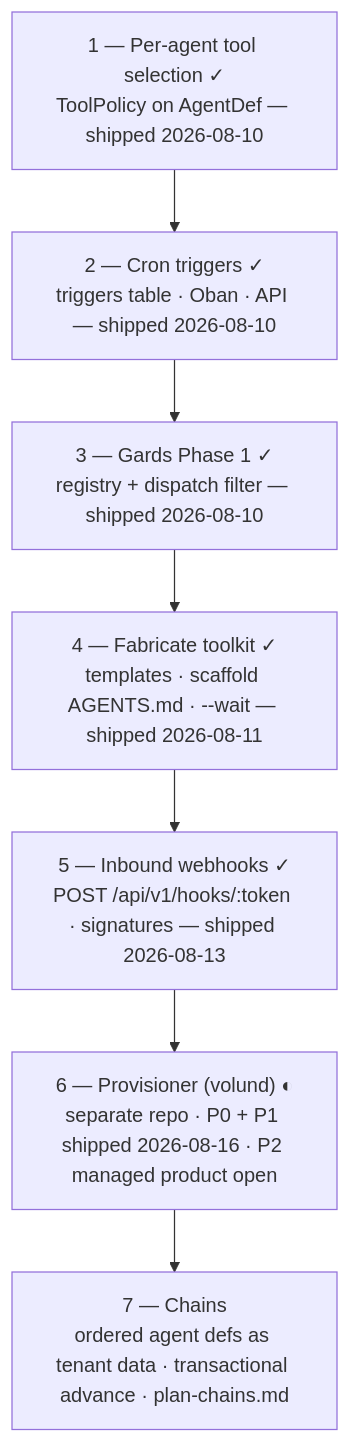
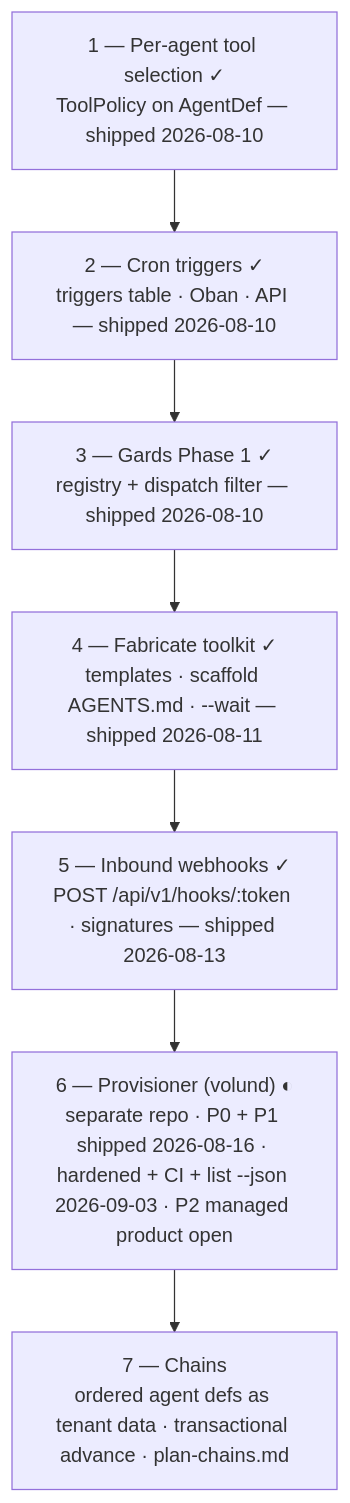
The diagram in docs/roadmap.md (amackera/norns), drawn with Mermaid before and after one commit. The commit also changed other lines of this file, not shown here.

Commit message:
Roadmap v6: volund P1.5 hardening, list --json seam, CI, proposed P2 shape

````diff
--- a/docs/roadmap.md
+++ b/docs/roadmap.md
@@ -57,11 +58,11 @@
 ```mermaid
 flowchart TB
     A["1 — Per-agent tool selection ✓<br/>ToolPolicy on AgentDef — shipped 2026-08-10"]
     B["2 — Cron triggers ✓<br/>triggers table · Oban · API — shipped 2026-08-10"]
     C["3 — Gards Phase 1 ✓<br/>registry + dispatch filter — shipped 2026-08-10"]
     D["4 — Fabricate toolkit ✓<br/>templates · scaffold AGENTS.md · --wait — shipped 2026-08-11"]
     E["5 — Inbound webhooks ✓<br/>POST /api/v1/hooks/:token · signatures — shipped 2026-08-13"]
-    F["6 — Provisioner (volund) ◐<br/>separate repo · P0 + P1 shipped 2026-08-16 · P2 managed product open"]
+    F["6 — Provisioner (volund) ◐<br/>separate repo · P0 + P1 shipped 2026-08-16 · hardened + CI + list --json 2026-09-03 · P2 managed product open"]
     G["7 — Chains<br/>ordered agent defs as tenant data · transactional advance · plan-chains.md"]
     A --> B --> C --> D --> E --> F --> G
 ```
````
